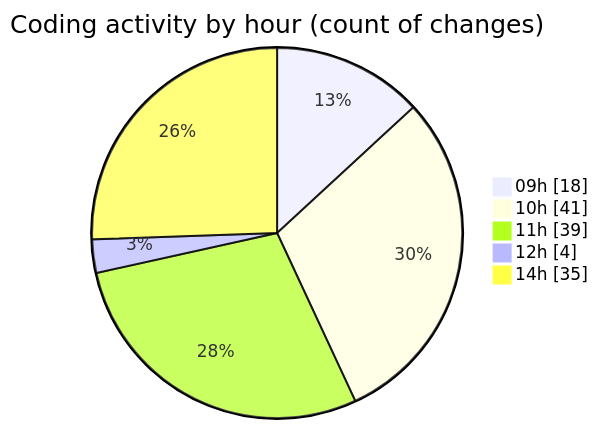
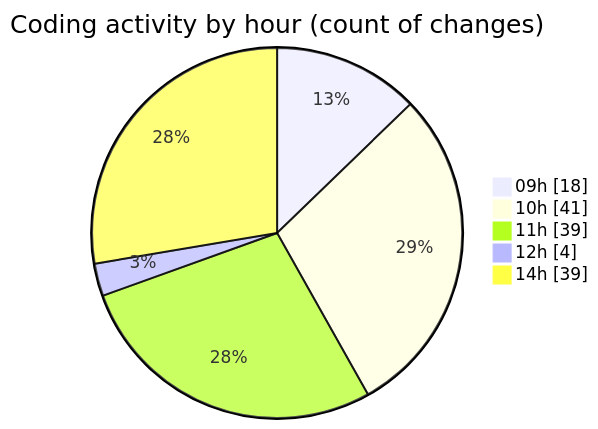
The second of 2 diagrams in 2025-02-11/cda/README.md (momahboobian/code-tracking), drawn with Mermaid before and after one commit. The commit also changed other lines of this file and 1 other file, not shown here.

````diff
--- a/2025-02-11/cda/README.md
+++ b/2025-02-11/cda/README.md
@@ -32,9 +32,9 @@
 ```mermaid
 pie showData
 title Coding activity by hour (count of changes)
 "09h" : 18
 "10h" : 41
 "11h" : 39
 "12h" : 4
-"14h" : 35
+"14h" : 39
 ```
````
